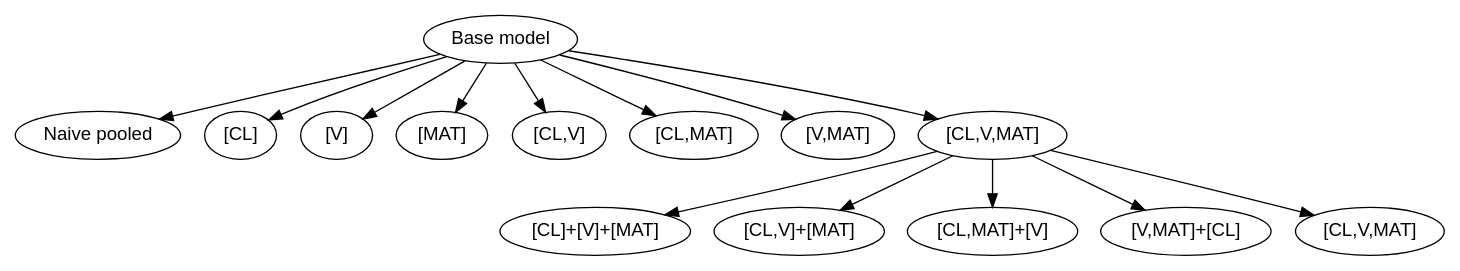
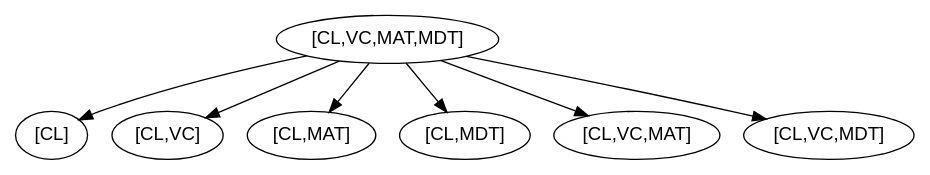
One commit to pharmpy/pharmpy changed the second of 6 diagrams in docs/iivsearch.rst. Above: the diagram before and after it, drawn with Graphviz. The commit also changed other lines of this file, not shown here.

```diff
--- a/docs/iivsearch.rst
+++ b/docs/iivsearch.rst
@@ -148,36 +168,19 @@
 .. graphviz::
 
     digraph BST {
             node [fontname="Arial"];
-            base [label="Base model"]
-            s0 [label="Naive pooled"]
+            base [label="[CL,VC,MAT,MDT]"]
             s1 [label="[CL]"]
-            s2 [label="[V]"]
-            s3 [label="[MAT]"]
-            s4 [label="[CL,V]"]
-            s5 [label="[CL,MAT]"]
-            s6 [label="[V,MAT]"]
-            s7 [label="[CL,V,MAT]"]
+            s2 [label="[CL,VC]"]
+            s3 [label="[CL,MAT]"]
+            s4 [label="[CL,MDT]"]
+            s5 [label="[CL,VC,MAT]"]
+            s6 [label="[CL,VC,MDT]"]
 
-            base -> s0
             base -> s1
             base -> s2
             base -> s3
             base -> s4
             base -> s5
             base -> s6
-            base -> s7
-
-            s8 [label="[CL]+[V]+[MAT]"]
-            s9 [label="[CL,V]+[MAT]"]
-            s10 [label="[CL,MAT]+[V]"]
-            s11 [label="[V,MAT]+[CL]"]
-            s12 [label="[CL,V,MAT]"]
-
-            s7 -> s8
-            s7 -> s9
-            s7 -> s10
-            s7 -> s11
-            s7 -> s12
-
         }
```
